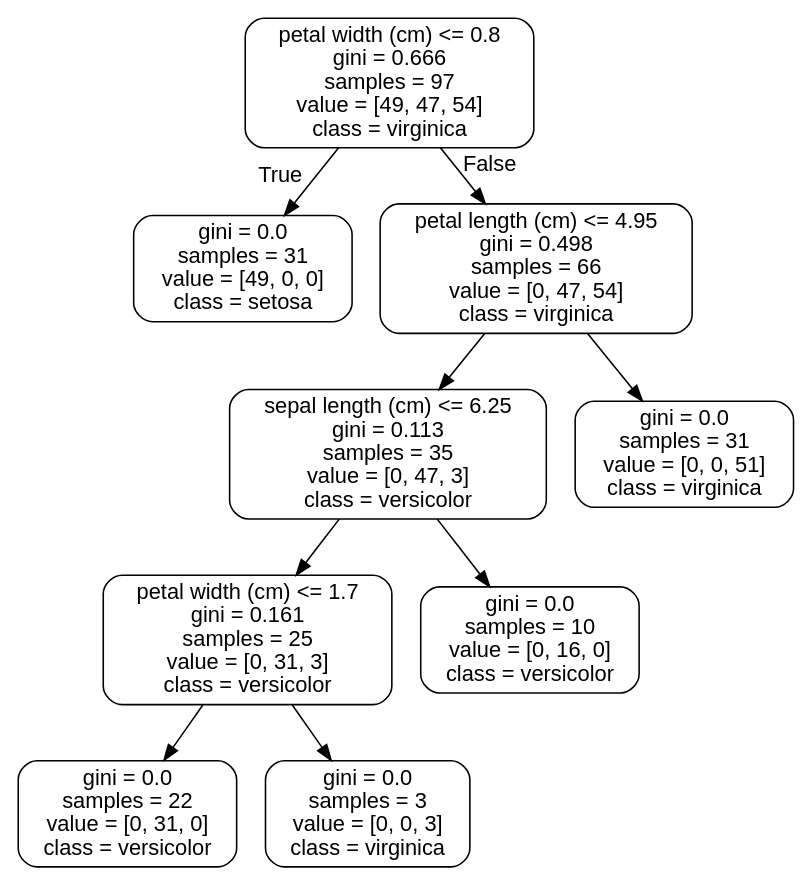
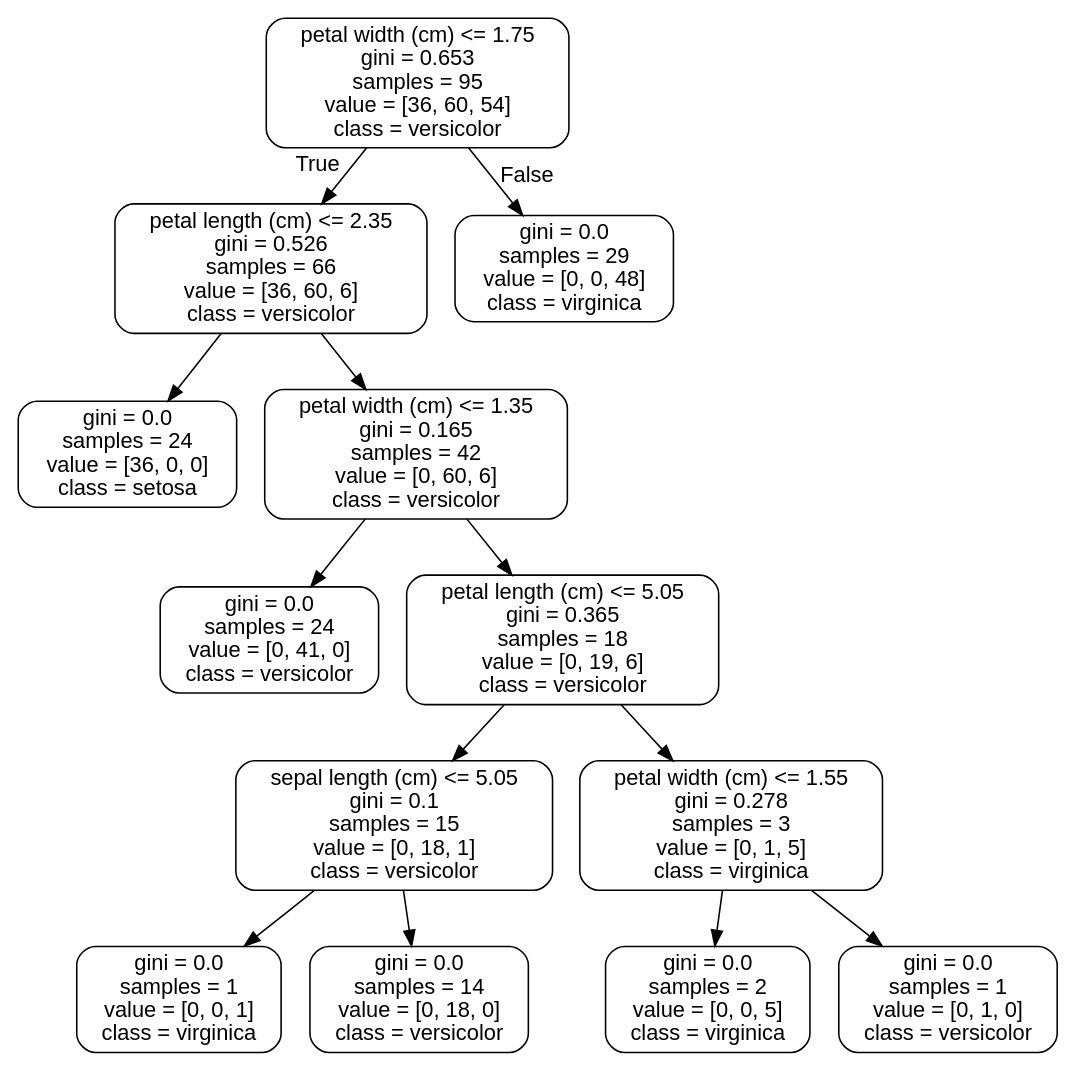
The diagram in Random_Forest_covid_CS/RandomForest Covid Case Study_06302020/tree.dot (G-Sprouts/capstone3_CNN), drawn with Graphviz before and after one commit. The commit also changed 2 other files, not shown here.

```diff
--- a/Random_Forest_covid_CS/RandomForest Covid Case Study_06302020/tree.dot
+++ b/Random_Forest_covid_CS/RandomForest Covid Case Study_06302020/tree.dot
@@ -1,21 +1,29 @@
 digraph Tree {
 node [shape=box, style="rounded", color="black", fontname=helvetica] ;
 edge [fontname=helvetica] ;
-0 [label="petal width (cm) <= 0.8\ngini = 0.666\nsamples = 97\nvalue = [49, 47, 54]\nclass = virginica"] ;
-1 [label="gini = 0.0\nsamples = 31\nvalue = [49, 0, 0]\nclass = setosa"] ;
+0 [label="petal width (cm) <= 1.75\ngini = 0.653\nsamples = 95\nvalue = [36, 60, 54]\nclass = versicolor"] ;
+1 [label="petal length (cm) <= 2.35\ngini = 0.526\nsamples = 66\nvalue = [36, 60, 6]\nclass = versicolor"] ;
 0 -> 1 [labeldistance=2.5, labelangle=45, headlabel="True"] ;
-2 [label="petal length (cm) <= 4.95\ngini = 0.498\nsamples = 66\nvalue = [0, 47, 54]\nclass = virginica"] ;
-0 -> 2 [labeldistance=2.5, labelangle=-45, headlabel="False"] ;
-3 [label="sepal length (cm) <= 6.25\ngini = 0.113\nsamples = 35\nvalue = [0, 47, 3]\nclass = versicolor"] ;
-2 -> 3 ;
-4 [label="petal width (cm) <= 1.7\ngini = 0.161\nsamples = 25\nvalue = [0, 31, 3]\nclass = versicolor"] ;
+2 [label="gini = 0.0\nsamples = 24\nvalue = [36, 0, 0]\nclass = setosa"] ;
+1 -> 2 ;
+3 [label="petal width (cm) <= 1.35\ngini = 0.165\nsamples = 42\nvalue = [0, 60, 6]\nclass = versicolor"] ;
+1 -> 3 ;
+4 [label="gini = 0.0\nsamples = 24\nvalue = [0, 41, 0]\nclass = versicolor"] ;
 3 -> 4 ;
-5 [label="gini = 0.0\nsamples = 22\nvalue = [0, 31, 0]\nclass = versicolor"] ;
-4 -> 5 ;
-6 [label="gini = 0.0\nsamples = 3\nvalue = [0, 0, 3]\nclass = virginica"] ;
-4 -> 6 ;
-7 [label="gini = 0.0\nsamples = 10\nvalue = [0, 16, 0]\nclass = versicolor"] ;
-3 -> 7 ;
-8 [label="gini = 0.0\nsamples = 31\nvalue = [0, 0, 51]\nclass = virginica"] ;
-2 -> 8 ;
+5 [label="petal length (cm) <= 5.05\ngini = 0.365\nsamples = 18\nvalue = [0, 19, 6]\nclass = versicolor"] ;
+3 -> 5 ;
+6 [label="sepal length (cm) <= 5.05\ngini = 0.1\nsamples = 15\nvalue = [0, 18, 1]\nclass = versicolor"] ;
+5 -> 6 ;
+7 [label="gini = 0.0\nsamples = 1\nvalue = [0, 0, 1]\nclass = virginica"] ;
+6 -> 7 ;
+8 [label="gini = 0.0\nsamples = 14\nvalue = [0, 18, 0]\nclass = versicolor"] ;
+6 -> 8 ;
+9 [label="petal width (cm) <= 1.55\ngini = 0.278\nsamples = 3\nvalue = [0, 1, 5]\nclass = virginica"] ;
+5 -> 9 ;
+10 [label="gini = 0.0\nsamples = 2\nvalue = [0, 0, 5]\nclass = virginica"] ;
+9 -> 10 ;
+11 [label="gini = 0.0\nsamples = 1\nvalue = [0, 1, 0]\nclass = versicolor"] ;
+9 -> 11 ;
+12 [label="gini = 0.0\nsamples = 29\nvalue = [0, 0, 48]\nclass = virginica"] ;
+0 -> 12 [labeldistance=2.5, labelangle=-45, headlabel="False"] ;
 }
```
